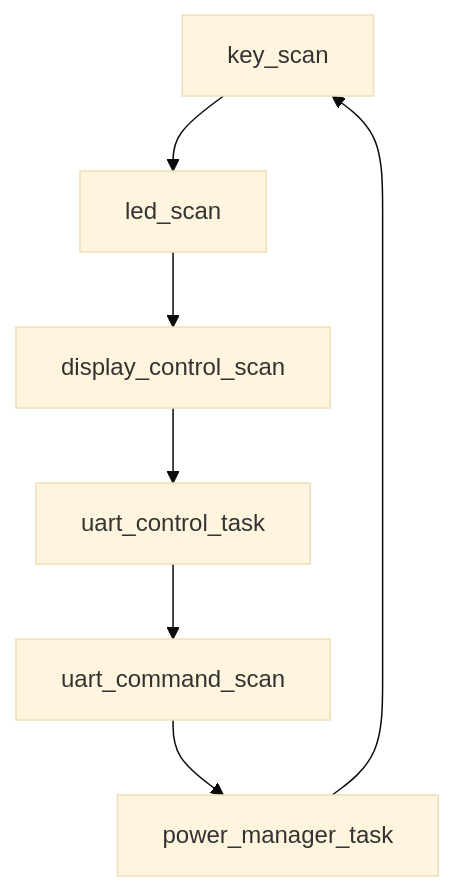
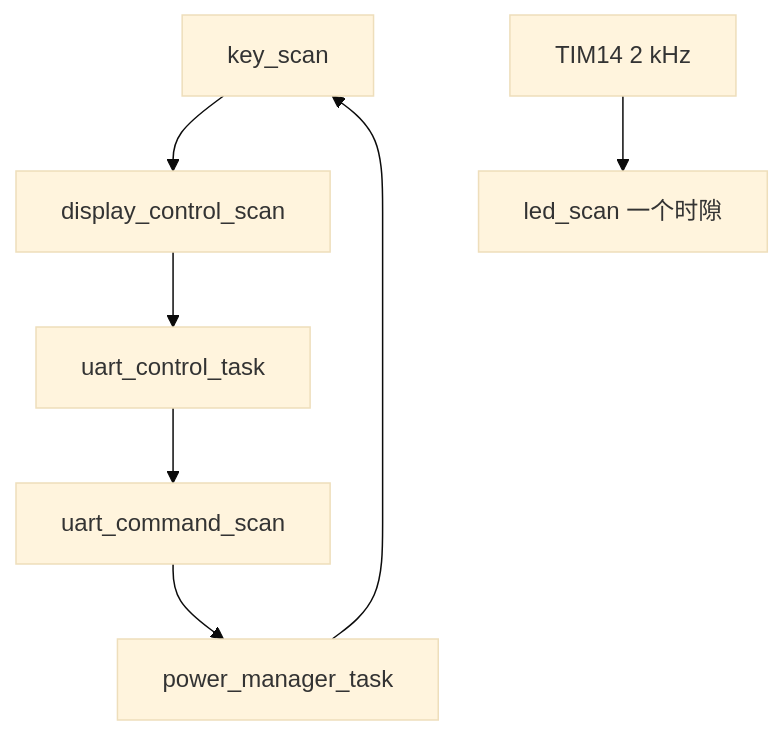
One commit to renletao/xn changed the second of 2 diagrams in docs/04-代码实现索引与验证清单.md. Above: the diagram before and after it, drawn with Mermaid (base theme). The commit also changed other lines of this file and 10 other files, not shown here.

Commit message:
fix: improve LED matrix scan stability

````diff
--- a/docs/04-代码实现索引与验证清单.md
+++ b/docs/04-代码实现索引与验证清单.md
@@ -44,9 +44,9 @@
 ```mermaid
 flowchart TD
-    A[key_scan] --> B[led_scan]
-    B --> C[display_control_scan]
-    C --> D[uart_control_task]
-    D --> E[uart_command_scan]
-    E --> F[power_manager_task]
-    F --> A
+    A[key_scan] --> B[display_control_scan]
+    B --> C[uart_control_task]
+    C --> D[uart_command_scan]
+    D --> E[power_manager_task]
+    E --> A
+    T[TIM14 2 kHz] --> L[led_scan 一个时隙]
 ```
````
